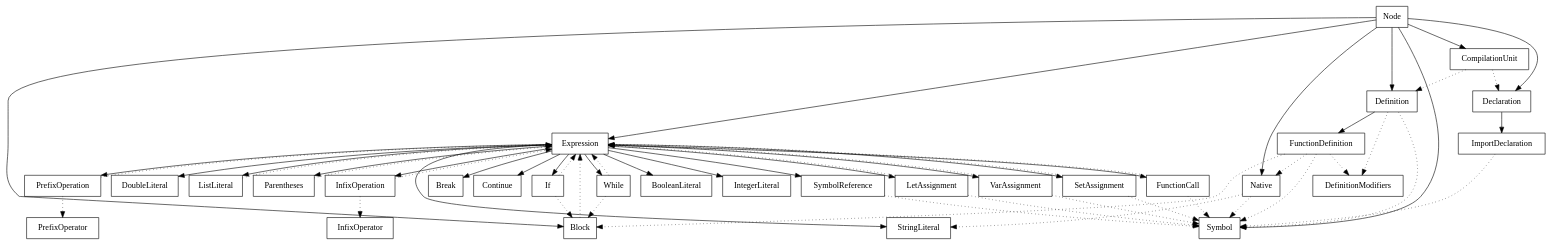
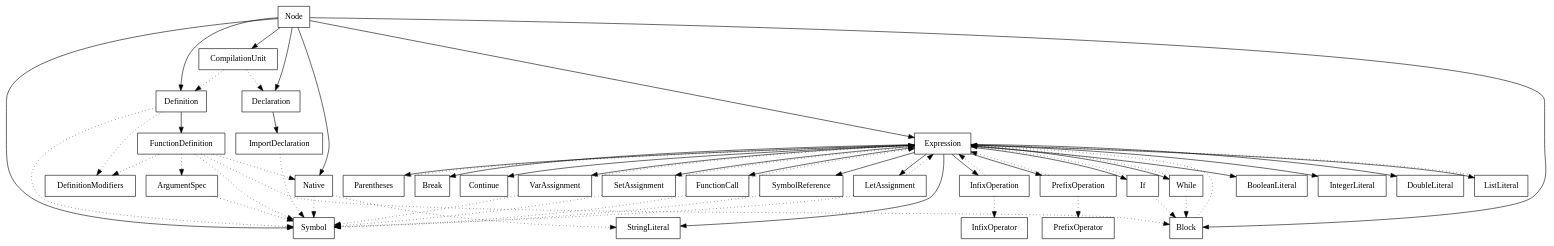
One commit to gay-pizza/pork changed the diagram in ast/src/main/graph/types.dot. Above: the diagram before and after it, drawn with Graphviz. The commit also changed 23 other files, not shown here.

```diff
--- a/ast/src/main/graph/types.dot
+++ b/ast/src/main/graph/types.dot
@@ -1,89 +1,92 @@
 digraph A {
   type_Node [shape=box,label="Node"]
   type_Expression [shape=box,label="Expression"]
   type_Symbol [shape=box,label="Symbol"]
   type_Declaration [shape=box,label="Declaration"]
   type_Definition [shape=box,label="Definition"]
   type_DefinitionModifiers [shape=box,label="DefinitionModifiers"]
   type_Block [shape=box,label="Block"]
   type_CompilationUnit [shape=box,label="CompilationUnit"]
   type_LetAssignment [shape=box,label="LetAssignment"]
   type_VarAssignment [shape=box,label="VarAssignment"]
   type_SetAssignment [shape=box,label="SetAssignment"]
   type_InfixOperator [shape=box,label="InfixOperator"]
   type_InfixOperation [shape=box,label="InfixOperation"]
   type_BooleanLiteral [shape=box,label="BooleanLiteral"]
   type_FunctionCall [shape=box,label="FunctionCall"]
+  type_ArgumentSpec [shape=box,label="ArgumentSpec"]
   type_FunctionDefinition [shape=box,label="FunctionDefinition"]
   type_If [shape=box,label="If"]
   type_ImportDeclaration [shape=box,label="ImportDeclaration"]
   type_IntegerLiteral [shape=box,label="IntegerLiteral"]
   type_DoubleLiteral [shape=box,label="DoubleLiteral"]
   type_ListLiteral [shape=box,label="ListLiteral"]
   type_Parentheses [shape=box,label="Parentheses"]
   type_PrefixOperator [shape=box,label="PrefixOperator"]
   type_PrefixOperation [shape=box,label="PrefixOperation"]
   type_StringLiteral [shape=box,label="StringLiteral"]
   type_SymbolReference [shape=box,label="SymbolReference"]
   type_While [shape=box,label="While"]
   type_Break [shape=box,label="Break"]
   type_Continue [shape=box,label="Continue"]
   type_Native [shape=box,label="Native"]
   type_Node -> type_Expression
   type_Node -> type_Symbol
   type_Node -> type_Declaration
   type_Node -> type_Definition
   type_Node -> type_Block
   type_Node -> type_CompilationUnit
   type_Node -> type_Native
   type_Expression -> type_LetAssignment
   type_Expression -> type_VarAssignment
   type_Expression -> type_SetAssignment
   type_Expression -> type_InfixOperation
   type_Expression -> type_BooleanLiteral
   type_Expression -> type_FunctionCall
   type_Expression -> type_If
   type_Expression -> type_IntegerLiteral
   type_Expression -> type_DoubleLiteral
   type_Expression -> type_ListLiteral
   type_Expression -> type_Parentheses
   type_Expression -> type_PrefixOperation
   type_Expression -> type_StringLiteral
   type_Expression -> type_SymbolReference
   type_Expression -> type_While
   type_Expression -> type_Break
   type_Expression -> type_Continue
   type_Definition -> type_FunctionDefinition
   type_Declaration -> type_ImportDeclaration
   type_Definition -> type_Symbol [style=dotted]
   type_Definition -> type_DefinitionModifiers [style=dotted]
   type_Block -> type_Expression [style=dotted]
   type_CompilationUnit -> type_Declaration [style=dotted]
   type_CompilationUnit -> type_Definition [style=dotted]
   type_LetAssignment -> type_Symbol [style=dotted]
   type_LetAssignment -> type_Expression [style=dotted]
   type_VarAssignment -> type_Symbol [style=dotted]
   type_VarAssignment -> type_Expression [style=dotted]
   type_SetAssignment -> type_Symbol [style=dotted]
   type_SetAssignment -> type_Expression [style=dotted]
   type_InfixOperation -> type_Expression [style=dotted]
   type_InfixOperation -> type_InfixOperator [style=dotted]
   type_FunctionCall -> type_Symbol [style=dotted]
   type_FunctionCall -> type_Expression [style=dotted]
+  type_ArgumentSpec -> type_Symbol [style=dotted]
   type_FunctionDefinition -> type_DefinitionModifiers [style=dotted]
   type_FunctionDefinition -> type_Symbol [style=dotted]
+  type_FunctionDefinition -> type_ArgumentSpec [style=dotted]
   type_FunctionDefinition -> type_Block [style=dotted]
   type_FunctionDefinition -> type_Native [style=dotted]
   type_If -> type_Expression [style=dotted]
   type_If -> type_Block [style=dotted]
   type_ImportDeclaration -> type_Symbol [style=dotted]
   type_ListLiteral -> type_Expression [style=dotted]
   type_Parentheses -> type_Expression [style=dotted]
   type_PrefixOperation -> type_PrefixOperator [style=dotted]
   type_PrefixOperation -> type_Expression [style=dotted]
   type_SymbolReference -> type_Symbol [style=dotted]
   type_While -> type_Expression [style=dotted]
   type_While -> type_Block [style=dotted]
   type_Native -> type_Symbol [style=dotted]
   type_Native -> type_StringLiteral [style=dotted]
 }
```
